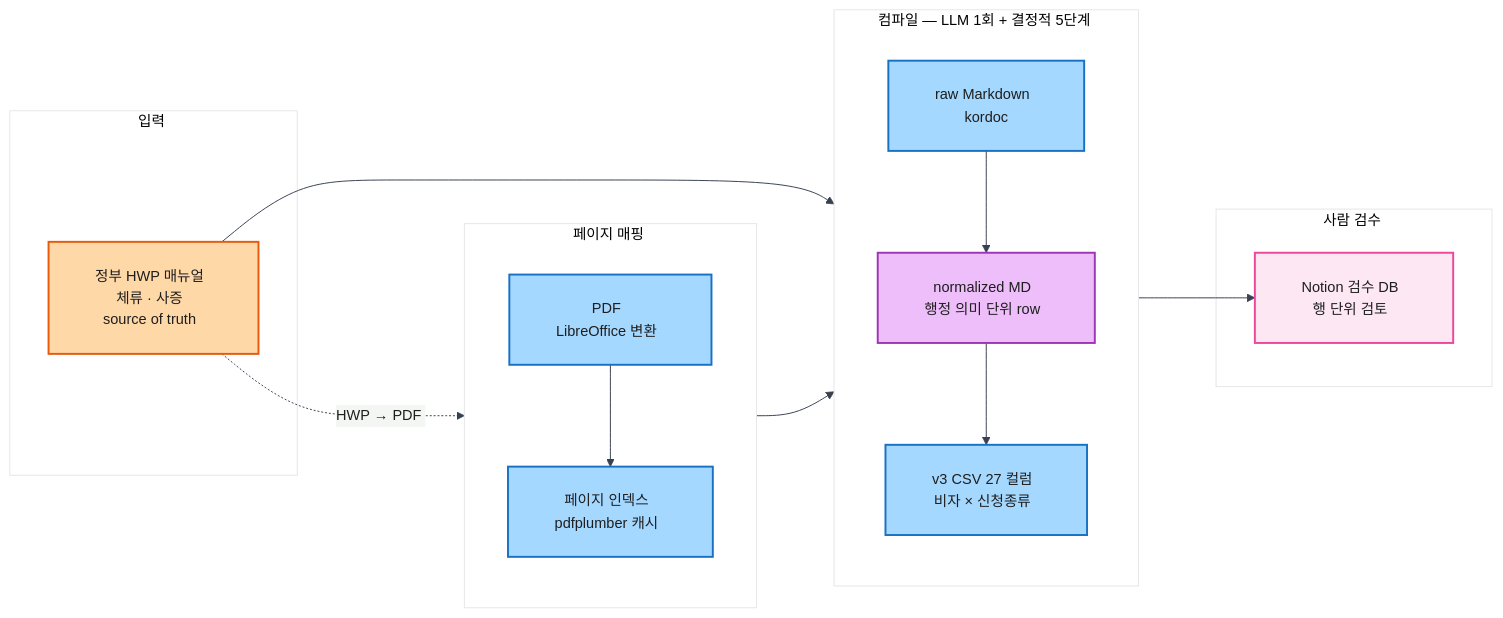
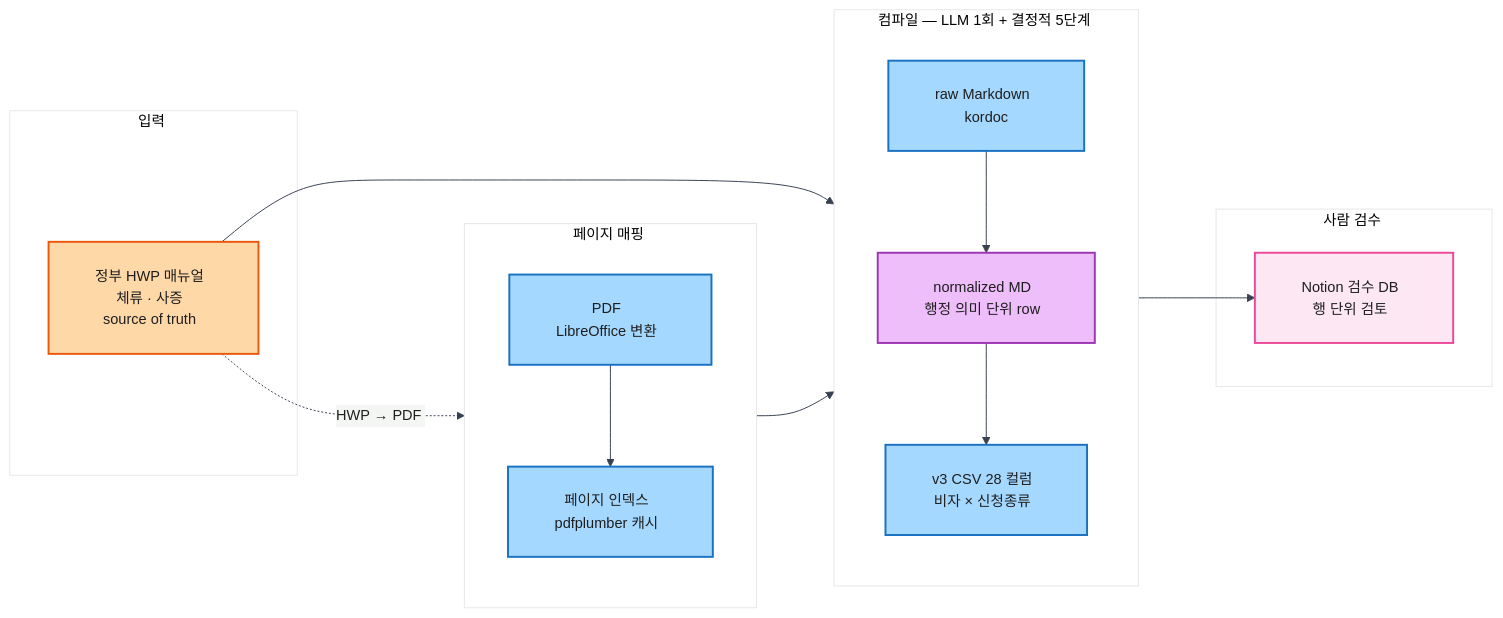
One commit to jhkim0602/-Vizabridge-IT-AI- changed the diagram in docs/diagrams/architecture_overview.mmd. Above: the diagram before and after it, drawn with Mermaid. The commit also changed 16 other files, not shown here.

```diff
--- a/docs/diagrams/architecture_overview.mmd
+++ b/docs/diagrams/architecture_overview.mmd
@@ -1,35 +1,35 @@
 %%{init: {'theme': 'base', 'themeVariables': {'fontFamily': 'Helvetica, sans-serif', 'fontSize': '15px', 'primaryColor': '#f3f4f6', 'primaryTextColor': '#1e1e1e', 'primaryBorderColor': '#374151', 'lineColor': '#374151'}, 'flowchart': {'curve': 'basis', 'padding': 24, 'nodeSpacing': 70, 'rankSpacing': 80}}}%%
 flowchart LR
     classDef source fill:#ffd8a8,stroke:#e8590c,stroke-width:2px,color:#1e1e1e
     classDef llm fill:#eebefa,stroke:#9c36b5,stroke-width:2px,color:#1e1e1e
     classDef det fill:#a5d8ff,stroke:#1971c2,stroke-width:2px,color:#1e1e1e
     classDef out fill:#b2f2bb,stroke:#2f9e44,stroke-width:2px,color:#1e1e1e
     classDef rev fill:#fce7f3,stroke:#ec4899,stroke-width:2px,color:#1e1e1e
 
     subgraph S1["입력&nbsp;"]
         HWP["정부 HWP 매뉴얼&nbsp;&nbsp;<br/>체류 · 사증&nbsp;&nbsp;<br/>source of truth&nbsp;&nbsp;"]:::source
     end
 
     subgraph S2["컴파일 — LLM 1회 + 결정적 5단계&nbsp;"]
         direction TB
         MD["raw Markdown&nbsp;&nbsp;<br/>kordoc"]:::det
         NORM["normalized MD&nbsp;&nbsp;<br/>행정 의미 단위 row&nbsp;&nbsp;"]:::llm
-        CSV["v3 CSV 27 컬럼&nbsp;&nbsp;<br/>비자 × 신청종류&nbsp;&nbsp;"]:::det
+        CSV["v3 CSV 28 컬럼&nbsp;&nbsp;<br/>비자 × 신청종류&nbsp;&nbsp;"]:::det
         MD --> NORM --> CSV
     end
 
     subgraph S3["페이지 매핑&nbsp;"]
         direction TB
         PDF["PDF&nbsp;&nbsp;<br/>LibreOffice 변환&nbsp;&nbsp;"]:::det
         PAGES["페이지 인덱스&nbsp;&nbsp;<br/>pdfplumber 캐시&nbsp;&nbsp;"]:::det
         PDF --> PAGES
     end
 
     subgraph S4["사람 검수&nbsp;"]
         REV["Notion 검수 DB&nbsp;&nbsp;<br/>행 단위 검토&nbsp;&nbsp;"]:::rev
     end
 
     HWP --> MD
     HWP -.->|"HWP &rarr; PDF&nbsp;"| PDF
     PAGES --> CSV
     CSV --> REV
```
